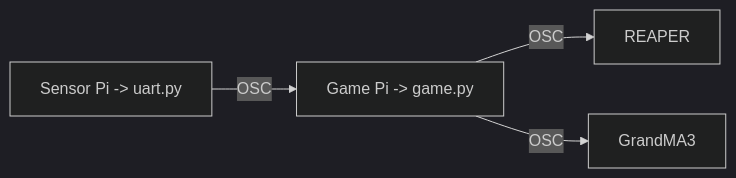
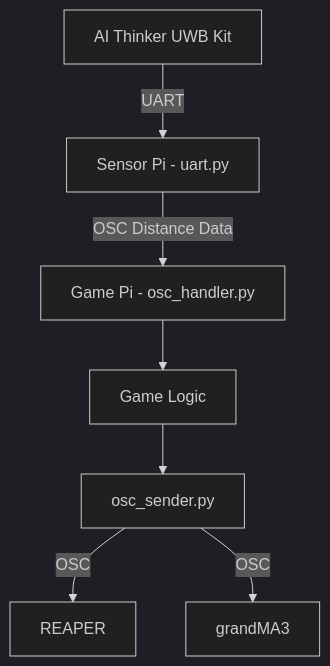
Before and after one commit to JoashYeoh/EGL314_Team-A: the first of 2 diagrams in FINAL/docs/osc_reference.md, drawn with Mermaid (dark theme). The commit also changed other lines of this file and 2 other files, not shown here.

````diff
--- a/FINAL/docs/osc_reference.md
+++ b/FINAL/docs/osc_reference.md
@@ -6,8 +9,9 @@
 ```mermaid
-flowchart LR
-    B[Sensor Pi -> uart.py]
-    B -->|OSC| C[Game Pi -> game.py]
-    C -->|OSC| D[REAPER]
-    C -->|OSC| J[GrandMA3]
-
+flowchart TD
+    A[AI Thinker UWB Kit] -->|UART| B[Sensor Pi - uart.py]
+    B -->|OSC Distance Data| C[Game Pi - osc_handler.py]
+    C --> D[Game Logic]
+    D --> E[osc_sender.py]
+    E -->|OSC| F[REAPER]
+    E -->|OSC| G[grandMA3]
 ```
````
